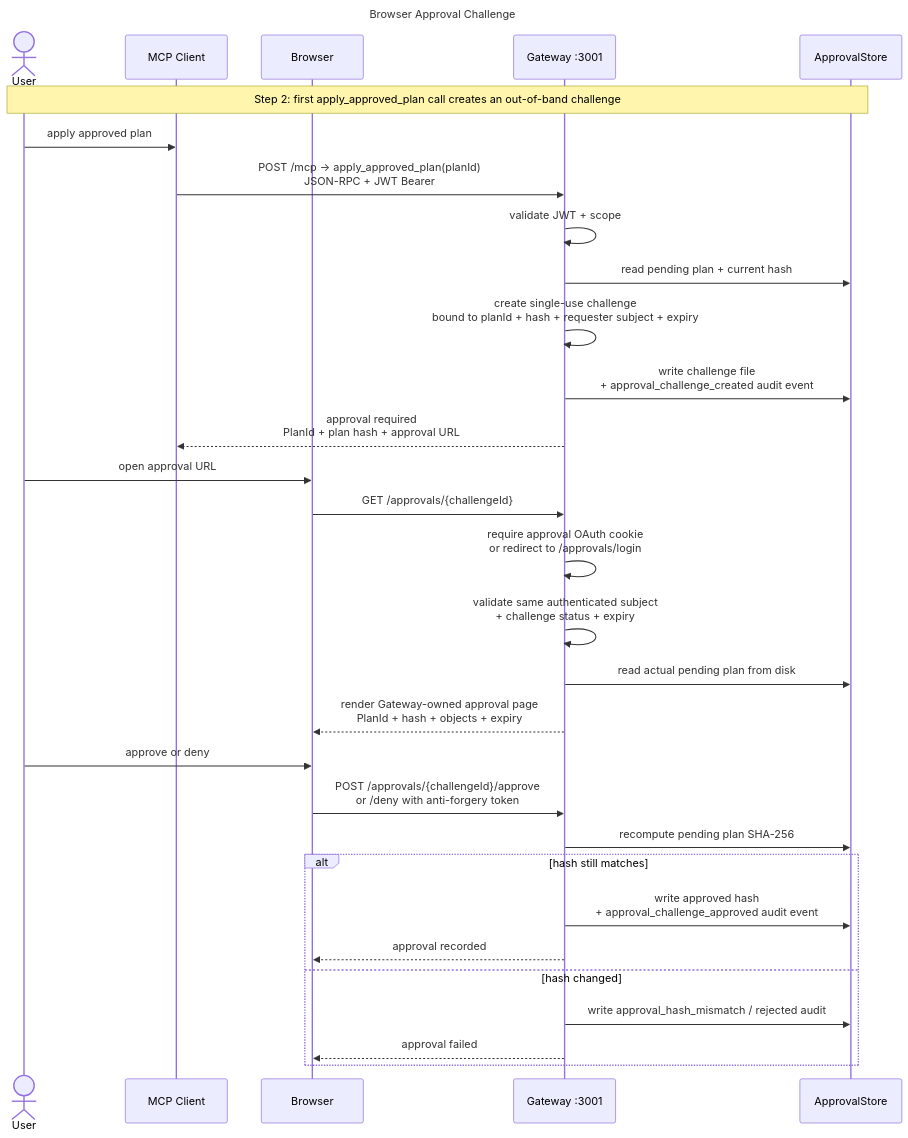
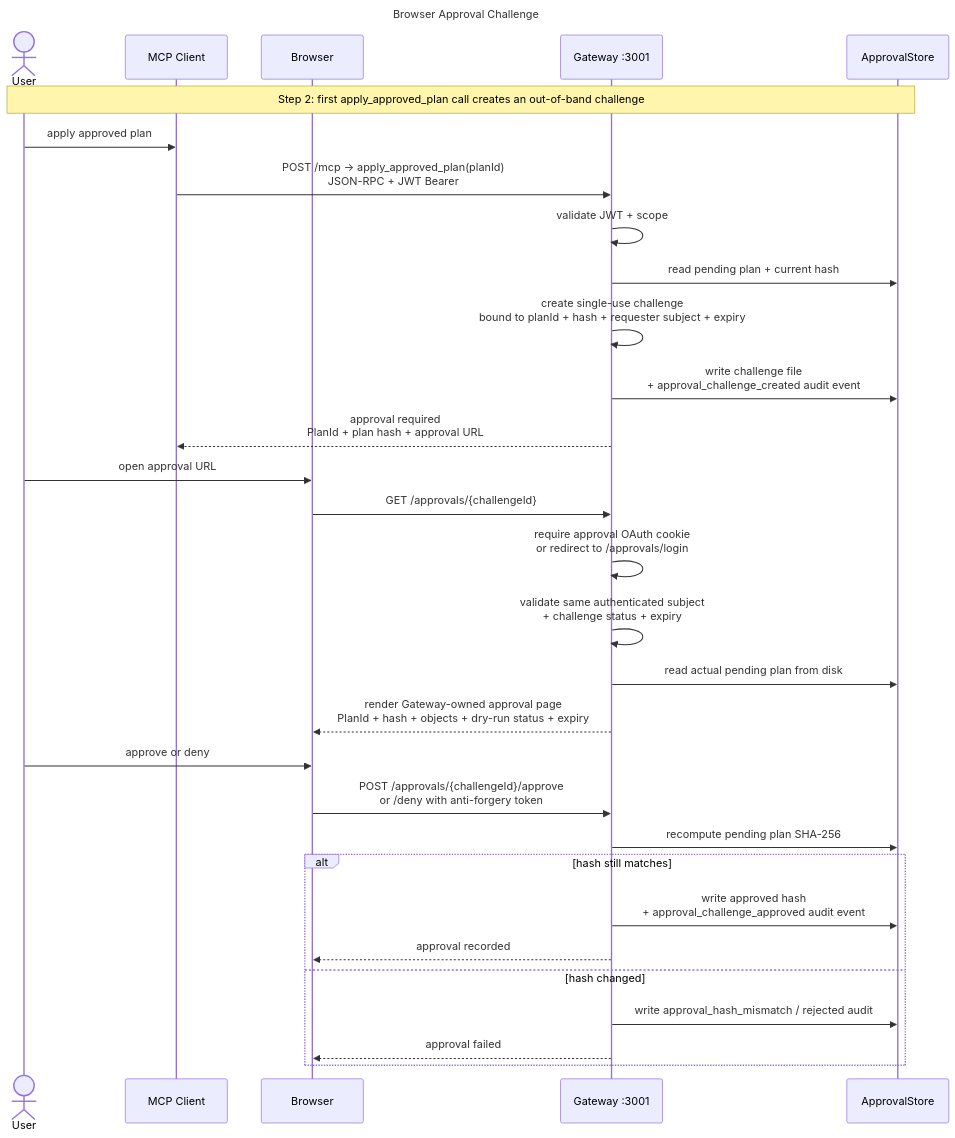
Before and after one commit to mirusser/Kubernetes-MCP-Guard: the fifth of 7 diagrams in docs/architecture.md, drawn with Mermaid. The commit also changed other lines of this file and 28 other files, not shown here.

Commit message:
feat: server side dry run before approval

````diff
--- a/docs/architecture.md
+++ b/docs/architecture.md
@@ -208,39 +208,39 @@
 ```mermaid
 ---
 title: Browser Approval Challenge
 ---
 sequenceDiagram
     actor User
     participant Client as MCP Client
     participant Browser as Browser
     participant GW as Gateway :3001
     participant Store as ApprovalStore
 
     Note over User,Store: Step 2: first apply_approved_plan call creates an out-of-band challenge
 
     User->>Client: apply approved plan
     Client->>GW: POST /mcp -> apply_approved_plan(planId)<br/>JSON-RPC + JWT Bearer
     GW->>GW: validate JWT + scope
     GW->>Store: read pending plan + current hash
     GW->>GW: create single-use challenge<br/>bound to planId + hash + requester subject + expiry
     GW->>Store: write challenge file<br/>+ approval_challenge_created audit event
     GW-->>Client: approval required<br/>PlanId + plan hash + approval URL
 
     User->>Browser: open approval URL
     Browser->>GW: GET /approvals/{challengeId}
     GW->>GW: require approval OAuth cookie<br/>or redirect to /approvals/login
     GW->>GW: validate same authenticated subject<br/>+ challenge status + expiry
     GW->>Store: read actual pending plan from disk
-    GW-->>Browser: render Gateway-owned approval page<br/>PlanId + hash + objects + expiry
+    GW-->>Browser: render Gateway-owned approval page<br/>PlanId + hash + objects + dry-run status + expiry
 
     User->>Browser: approve or deny
     Browser->>GW: POST /approvals/{challengeId}/approve<br/>or /deny with anti-forgery token
     GW->>Store: recompute pending plan SHA-256
     alt hash still matches
         GW->>Store: write approved hash<br/>+ approval_challenge_approved audit event
         GW-->>Browser: approval recorded
     else hash changed
         GW->>Store: write approval_hash_mismatch / rejected audit
         GW-->>Browser: approval failed
     end
 ```
````
